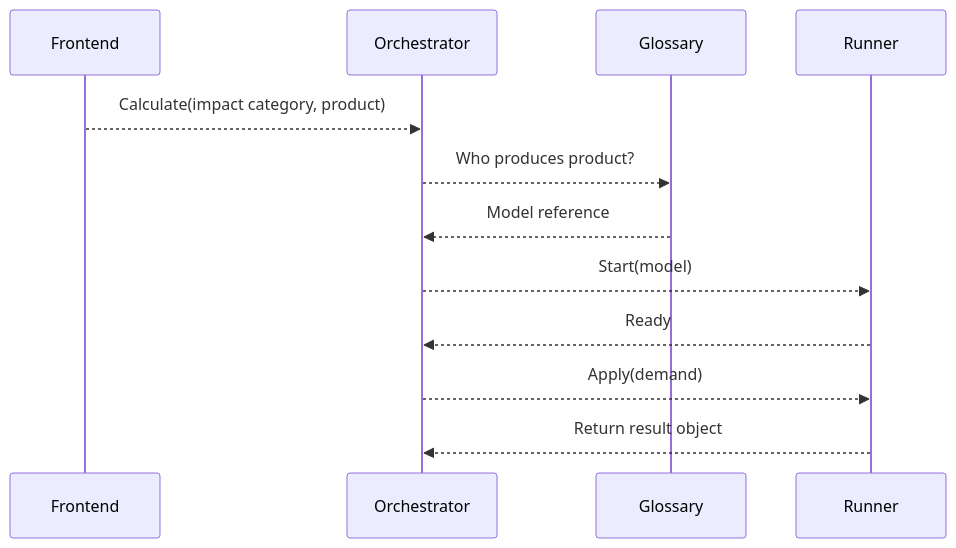
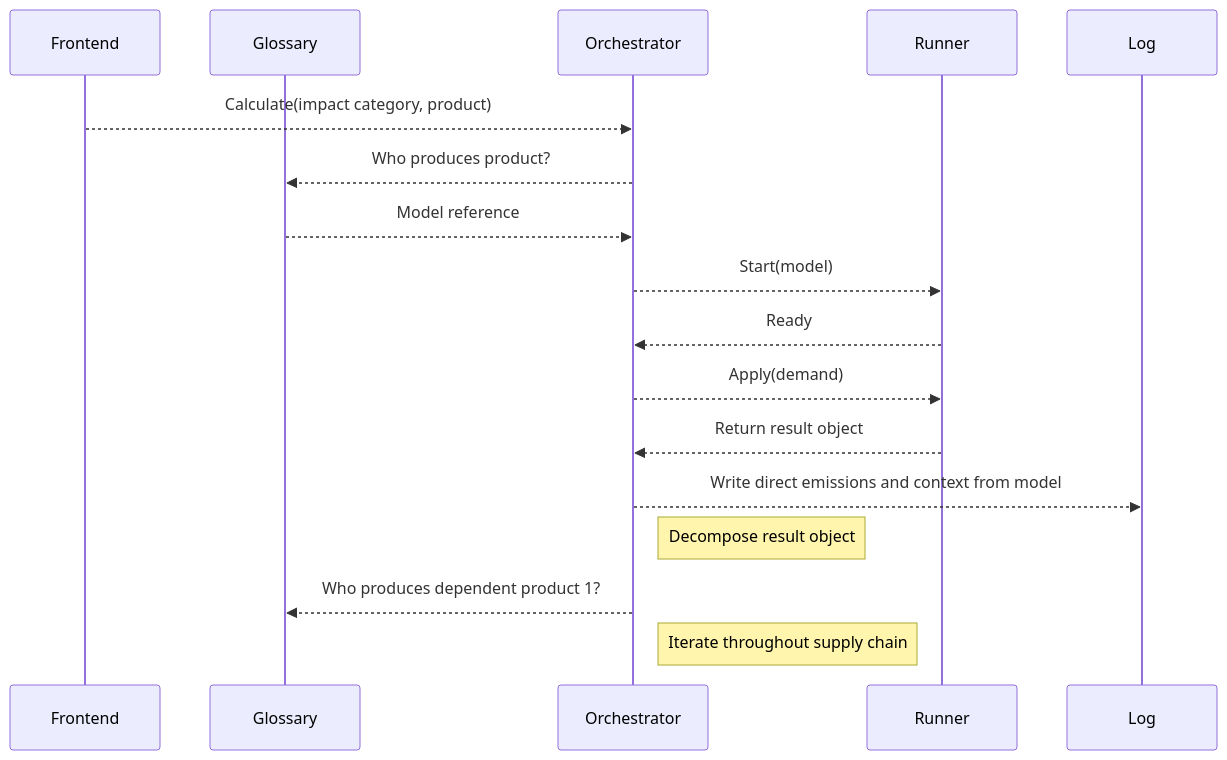
One commit to sentier-dev/sentier.dev changed the second of 2 diagrams in Sequence diagrams/README.md. Above: the diagram before and after it, drawn with Mermaid.

````diff
--- a/Sequence diagrams/README.md
+++ b/Sequence diagrams/README.md
@@ -15,10 +15,19 @@
 ```mermaid
 sequenceDiagram
+    participant Frontend
+    participant Glossary
+    participant Orchestrator
+    participant Runner
+    participant Log
     Frontend-->>Orchestrator: Calculate(impact category, product)
     Orchestrator-->>Glossary: Who produces product?
     Glossary-->>Orchestrator: Model reference
     Orchestrator-->>Runner: Start(model)
     Runner-->>Orchestrator: Ready
     Orchestrator-->>Runner: Apply(demand)
     Runner-->>Orchestrator: Return result object
+    Orchestrator-->>Log: Write direct emissions and context from model
+    Note right of Orchestrator: Decompose result object
+    Orchestrator-->>Glossary: Who produces dependent product 1? 
+    Note right of Orchestrator: Iterate throughout supply chain
 ```
````
